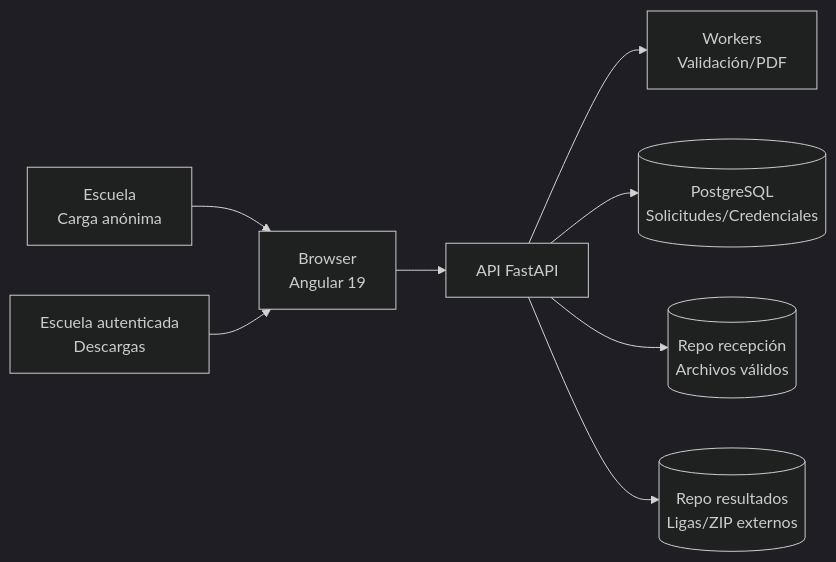
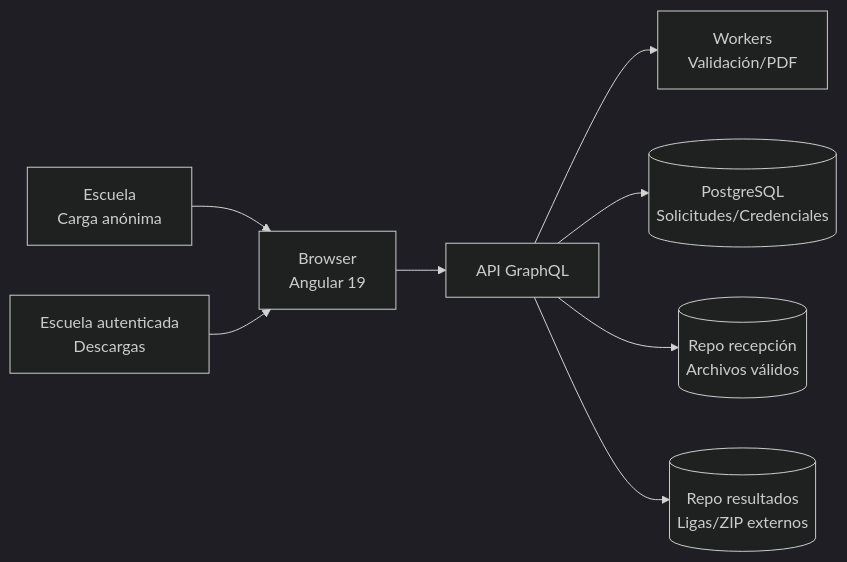
One commit to dleonsystem/sep_evaluacion_diagnostica changed the diagram in web/doc/arquitectura_software.md. Above: the diagram before and after it, drawn with Mermaid (dark theme). The commit also changed other lines of this file and 7 other files, not shown here.

Commit message:
Update documentation for GraphQL backend

````diff
--- a/web/doc/arquitectura_software.md
+++ b/web/doc/arquitectura_software.md
@@ -57,18 +57,18 @@
 ```mermaid
 flowchart LR
     U[Escuela
     Carga anónima] --> B[Browser
     Angular 19]
     D[Escuela autenticada
     Descargas] --> B
 
-    B --> API[API FastAPI]
+    B --> API[API GraphQL]
     API --> W[Workers
     Validación/PDF]
     API --> DB[(PostgreSQL
     Solicitudes/Credenciales)]
     API --> FS1[(Repo recepción
     Archivos válidos)]
     API --> FS2[(Repo resultados
     Ligas/ZIP externos)]
 ```
````
